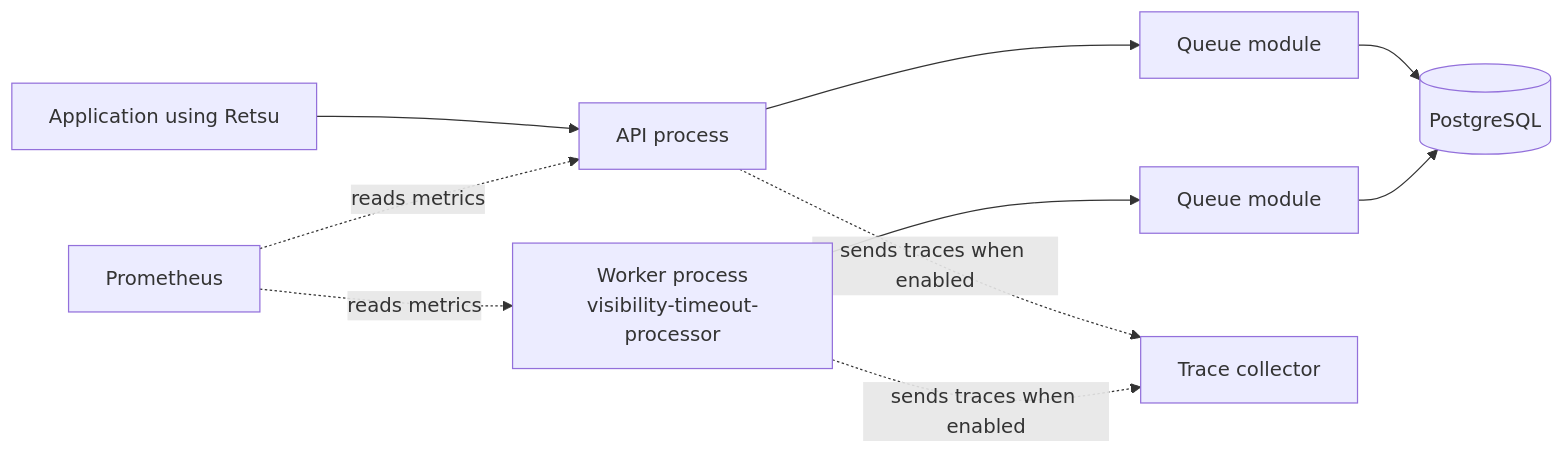
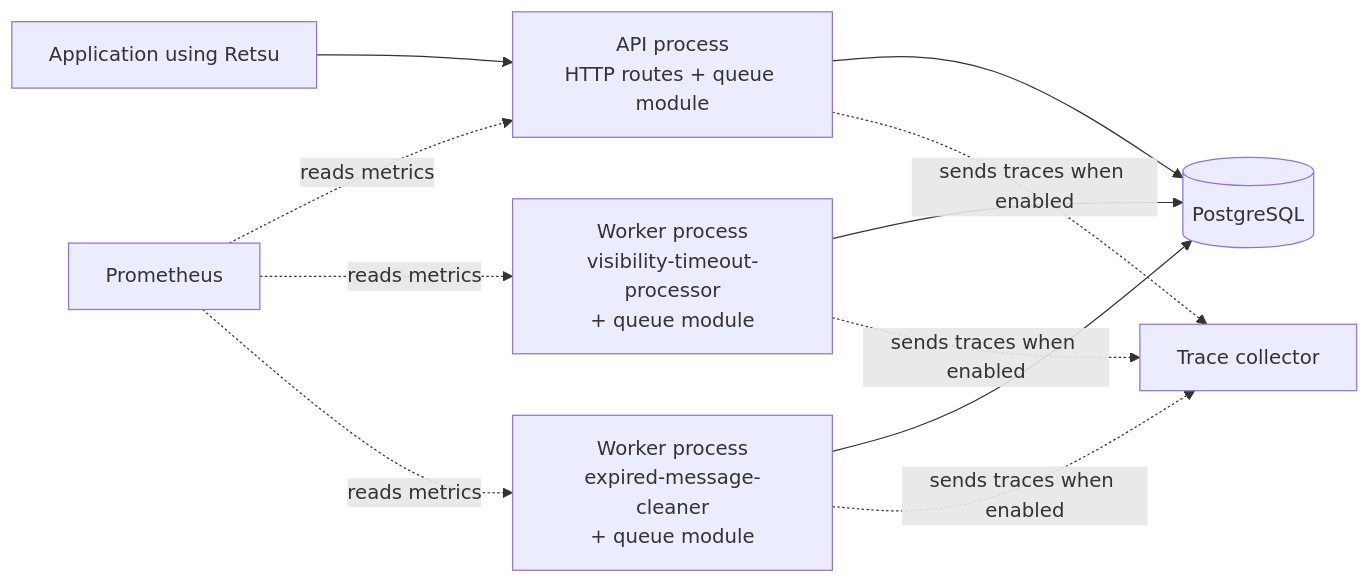
Before and after one commit to karanbalani/retsu: the first of 2 diagrams in docs/architecture.md, drawn with Mermaid. The commit also changed other lines of this file and 3 other files, not shown here.

````diff
--- a/docs/architecture.md
+++ b/docs/architecture.md
@@ -12,12 +12,13 @@
 ```mermaid
 flowchart LR
-    Client["Application using Retsu"] --> API["API process"]
-    API --> ApiQueue["Queue module"]
-    Worker["Worker process<br/>visibility-timeout-processor"] --> WorkerQueue["Queue module"]
-    ApiQueue --> Database[("PostgreSQL")]
-    WorkerQueue --> Database
+    Client["Application using Retsu"] --> API["API process<br/>HTTP routes + queue module"]
+    Timeout["Worker process<br/>visibility-timeout-processor<br/>+ queue module"] --> Database[("PostgreSQL")]
+    Cleaner["Worker process<br/>expired-message-cleaner<br/>+ queue module"] --> Database
+    API --> Database
     Prometheus["Prometheus"] -. "reads metrics" .-> API
-    Prometheus -. "reads metrics" .-> Worker
+    Prometheus -. "reads metrics" .-> Timeout
+    Prometheus -. "reads metrics" .-> Cleaner
     API -. "sends traces when enabled" .-> Collector["Trace collector"]
-    Worker -. "sends traces when enabled" .-> Collector
+    Timeout -. "sends traces when enabled" .-> Collector
+    Cleaner -. "sends traces when enabled" .-> Collector
 ```
````
